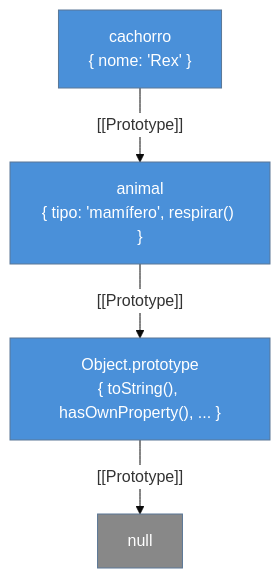
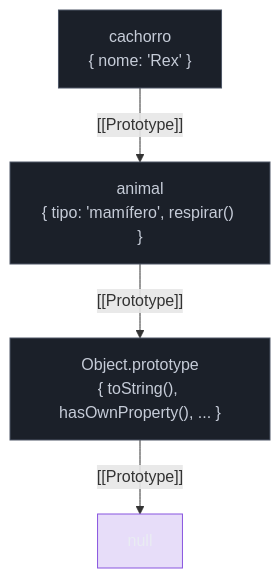
The first of 2 diagrams in 03-Dominios/Tecnologia/JavaScript/11 - Prototypes e herança.md (josenaldo/codex-technomanticus), drawn with Mermaid before and after one commit. The commit also changed other lines of this file and 1181 other files, not shown here.

First line of the commit message:
fix(diagramas): paleta do sistema no lugar de cor cravada no markdown

````diff
--- a/03-Dominios/Tecnologia/JavaScript/11 - Prototypes e herança.md
+++ b/03-Dominios/Tecnologia/JavaScript/11 - Prototypes e herança.md
@@ -78,17 +78,18 @@
 ```mermaid
-%%{init: {"theme": "base", "themeVariables": {"primaryColor": "#4A90D9", "edgeLabelBackground": "#ffffff"}}}%%
 graph TD
+    classDef neutro fill:#1B2029,stroke:#4E5666,color:#C6CCD8
+    classDef marca fill:#8855DF33,stroke:#8855DF,color:#E9ECF2
     A["cachorro\n{ nome: 'Rex' }"]
     B["animal\n{ tipo: 'mamífero', respirar() }"]
     C["Object.prototype\n{ toString(), hasOwnProperty(), ... }"]
     D["null"]
 
     A -->|"[[Prototype]]"| B
     B -->|"[[Prototype]]"| C
     C -->|"[[Prototype]]"| D
 
-    style A fill:#4A90D9,color:#fff
-    style B fill:#4A90D9,color:#fff
-    style C fill:#4A90D9,color:#fff
-    style D fill:#888,color:#fff
+    class A neutro
+    class B neutro
+    class C neutro
+    class D marca
 ```
````
